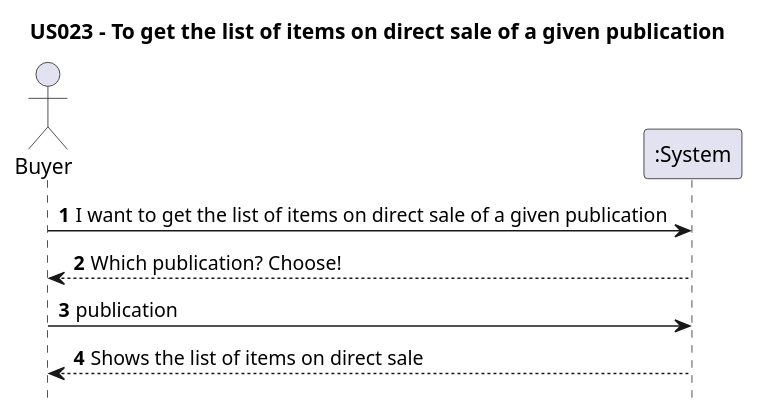
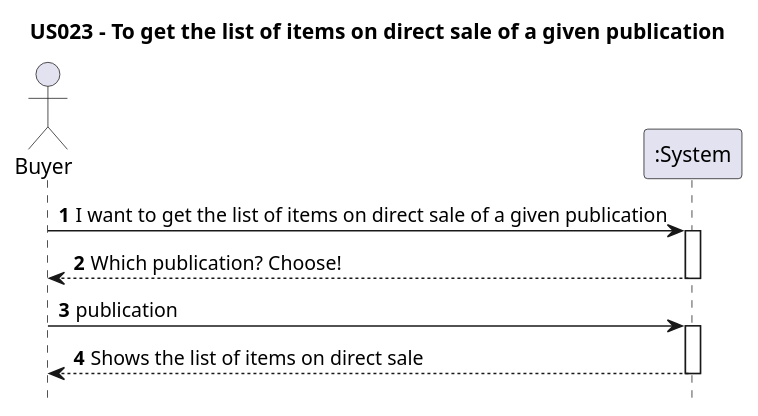
One commit to AndrePereiraGitH/SWitCH-Project-Team_A changed the diagram in Diagrams/SequenceDiagrams/N1/US023-to-get-the-list-of-items-on-direct-sale-of-a-given-publication.puml. Above: the diagram before and after it, drawn with PlantUML. The commit also changed 30 other files, not shown here.

Commit message:
Refinement - implementation of unit tests and methods for US023 (Closes #203) and minor modifications on design diagrams (Closes #202)

```diff
--- a/Diagrams/SequenceDiagrams/N1/US023-to-get-the-list-of-items-on-direct-sale-of-a-given-publication.puml
+++ b/Diagrams/SequenceDiagrams/N1/US023-to-get-the-list-of-items-on-direct-sale-of-a-given-publication.puml
@@ -1,15 +1,19 @@
 @startuml
 
 hide footbox
 autonumber
 title US023 - To get the list of items on direct sale of a given publication
 
 actor Buyer
 participant ":System" as System
 
 Buyer -> System : I want to get the list of items on direct sale of a given publication
+activate System
 Buyer <-- System : Which publication? Choose!
+deactivate System
 Buyer -> System : publication
+activate System
 System --> Buyer : Shows the list of items on direct sale
+deactivate System
 
 @enduml
```
